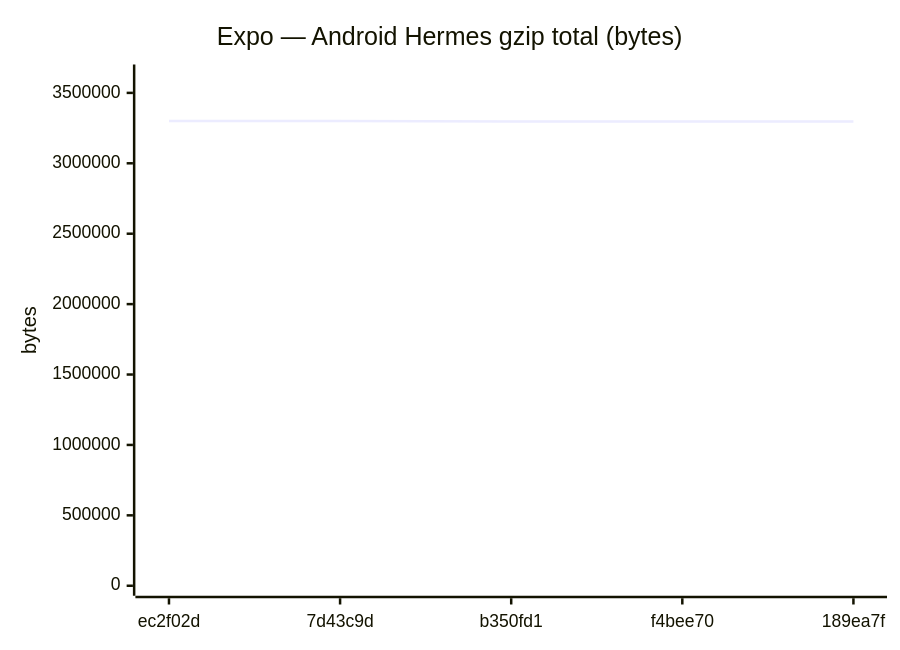
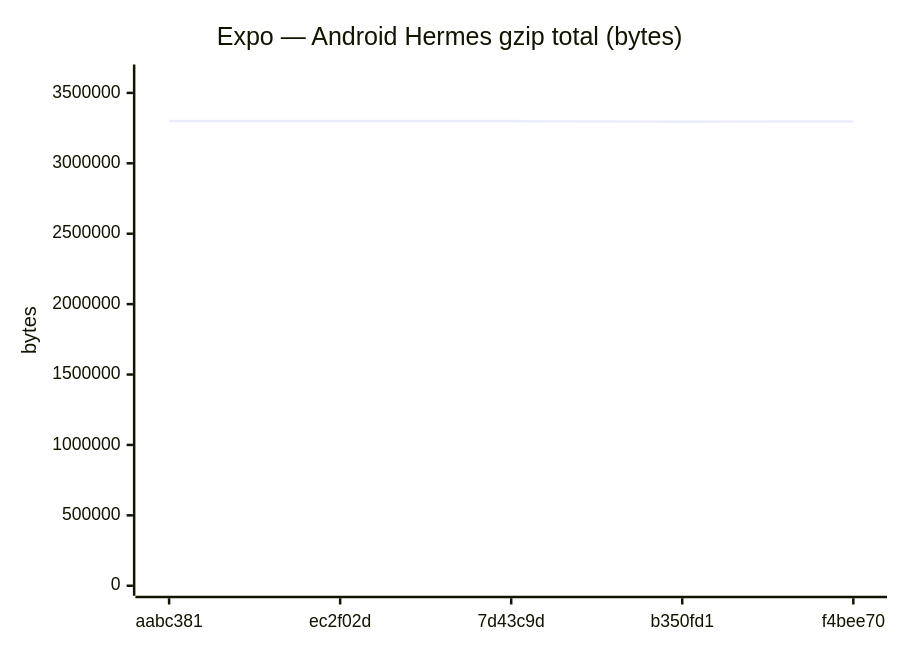
One commit to Metaheurist/Rianell changed diagram 11 of 18 in benchmarks/compare.md. Above: the diagram before and after it, drawn with Mermaid. The commit also changed other lines of this file and 11 other files, not shown here.

````diff
--- a/benchmarks/compare.md
+++ b/benchmarks/compare.md
@@ -172,7 +172,7 @@
 ```mermaid
 xychart-beta
     title "Expo — Android Hermes gzip total (bytes)"
-    x-axis ["ec2f02d", "7d43c9d", "b350fd1", "f4bee70", "189ea7f"]
-    y-axis "bytes" 0 --> 3630575
-    line [3300522, 3299950, 3296025, 3296632, 3296023]
+    x-axis ["aabc381", "ec2f02d", "7d43c9d", "b350fd1", "f4bee70"]
+    y-axis "bytes" 0 --> 3630694
+    line [3300630, 3300522, 3299950, 3296025, 3296632]
 ```
````
